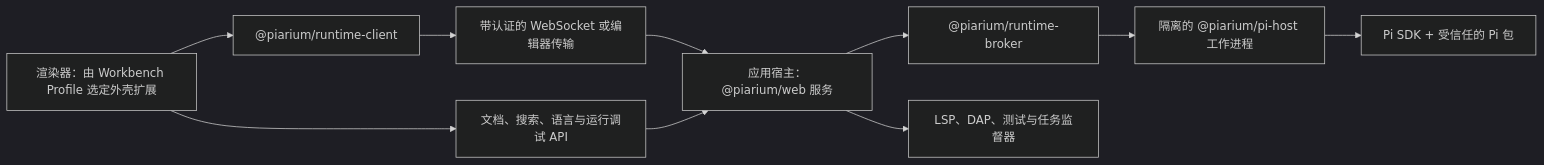
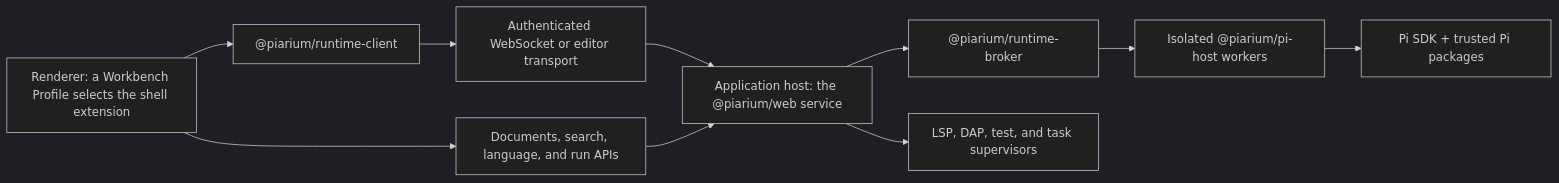
Before and after one commit to Youzini-afk/Piarium: the diagram in README.md, drawn with Mermaid (dark theme). The commit also changed other lines of this file and 158 other files, not shown here.

````diff
--- a/README.md
+++ b/README.md
@@ -190,12 +210,12 @@
 ```mermaid
 flowchart LR
-    S["渲染器：由 Workbench Profile 选定外壳扩展"] --> C["@piarium/runtime-client"]
-    S --> D["文档、搜索、语言与运行调试 API"]
-    C --> T["带认证的 WebSocket 或编辑器传输"]
-    T --> A["应用宿主：@piarium/web 服务"]
+    S["Renderer: a Workbench Profile selects the shell extension"] --> C["@piarium/runtime-client"]
+    S --> D["Documents, search, language, and run APIs"]
+    C --> T["Authenticated WebSocket or editor transport"]
+    T --> A["Application host: the @piarium/web service"]
     D --> A
     A --> B["@piarium/runtime-broker"]
-    A --> L["LSP、DAP、测试与任务监督器"]
-    B --> H["隔离的 @piarium/pi-host 工作进程"]
-    H --> P["Pi SDK + 受信任的 Pi 包"]
+    A --> L["LSP, DAP, test, and task supervisors"]
+    B --> H["Isolated @piarium/pi-host workers"]
+    H --> P["Pi SDK + trusted Pi packages"]
 ```
````
